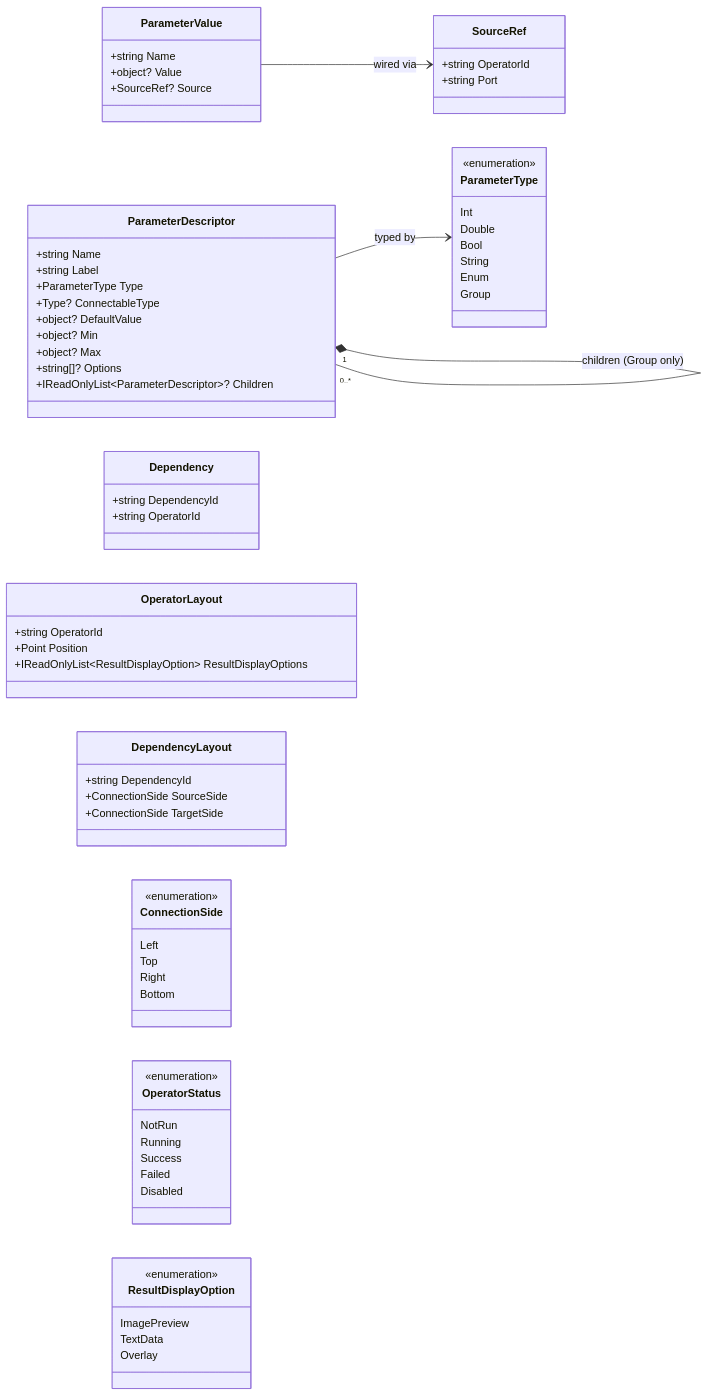
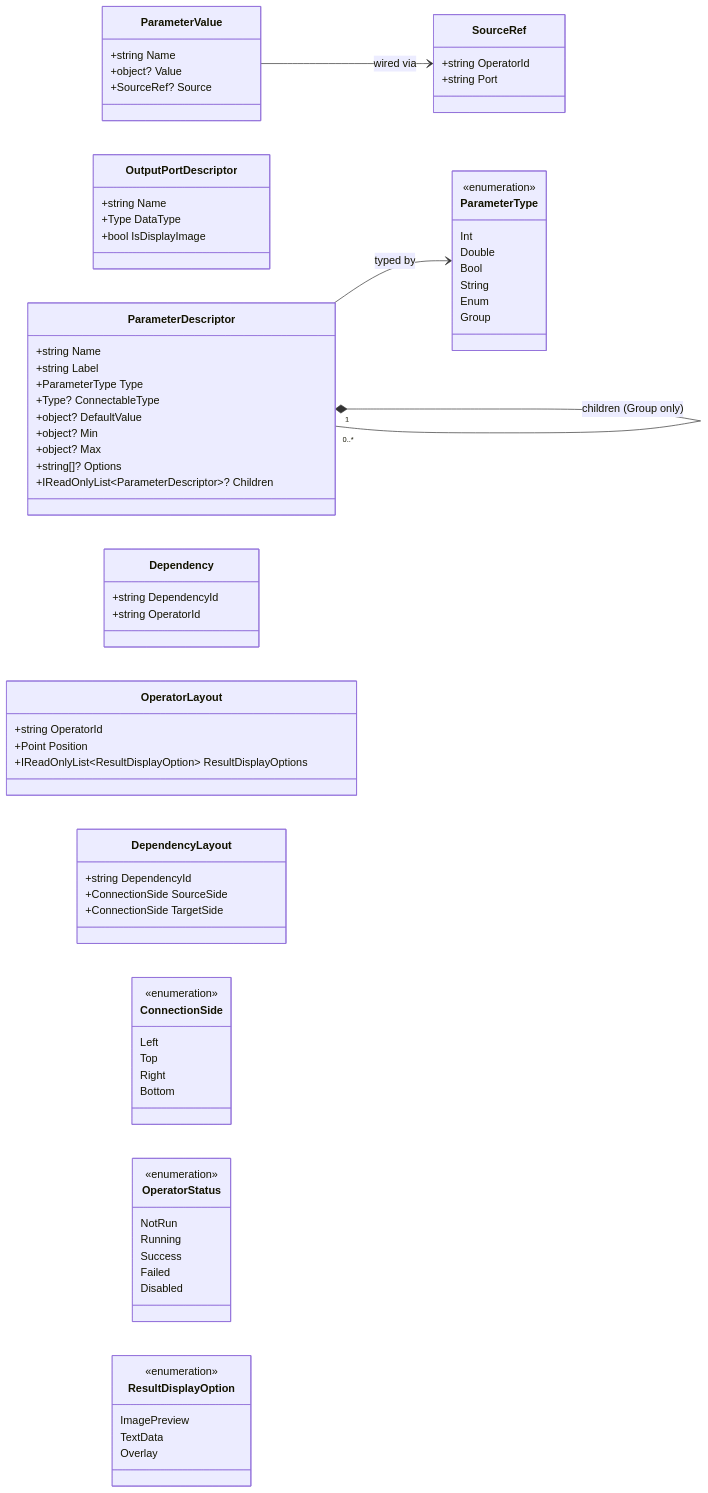
One commit to yoavmil/IPLab changed the second of 2 diagrams in docs/DESIGN.md. Above: the diagram before and after it, drawn with Mermaid. The commit also changed 19 other files, not shown here.

```diff
--- a/docs/DESIGN.md
+++ b/docs/DESIGN.md
@@ -75,6 +75,12 @@
     class SourceRef {
         +string OperatorId
         +string Port
+    }
+
+    class OutputPortDescriptor {
+        +string Name
+        +Type DataType
+        +bool IsDisplayImage
     }
 
     class ParameterDescriptor {
```
